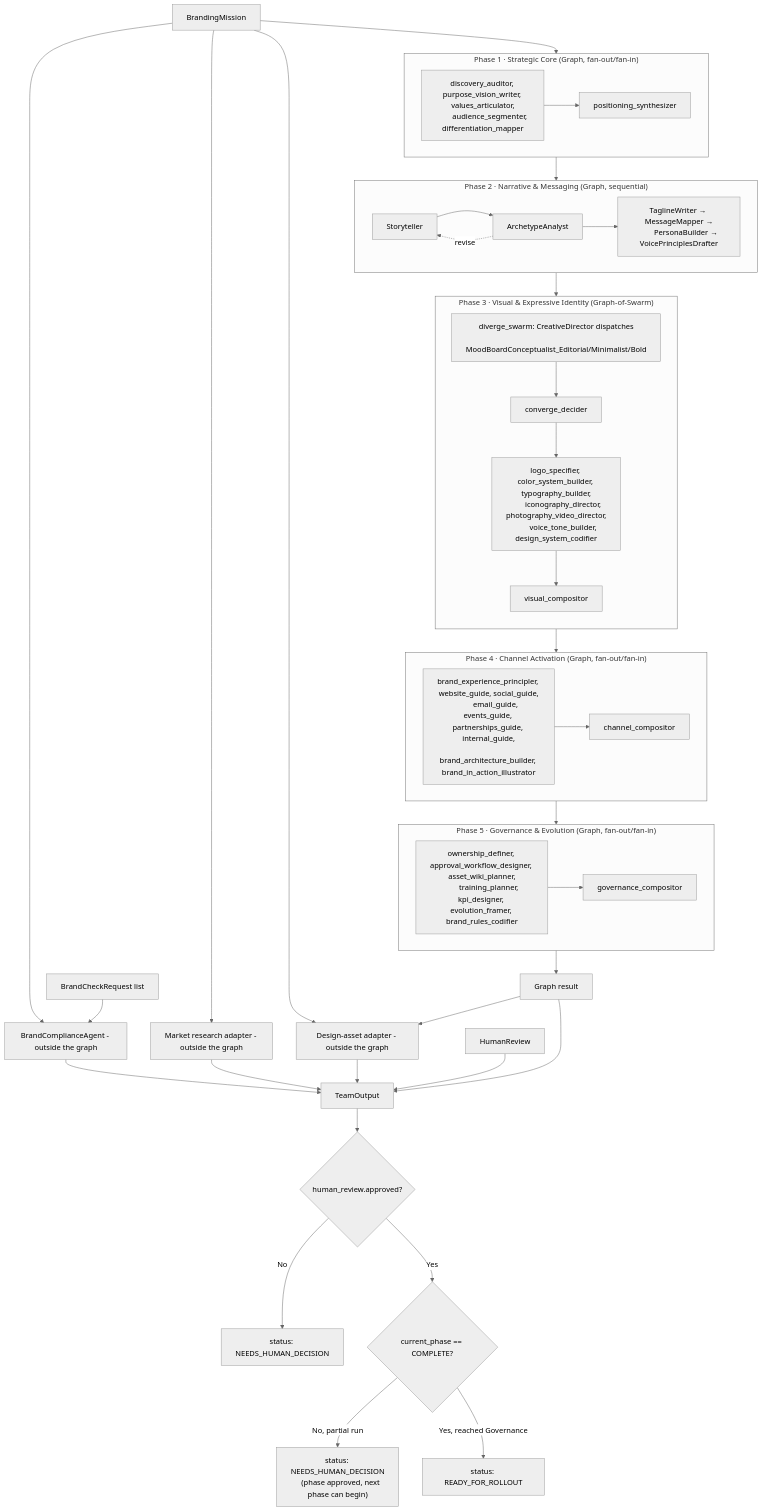
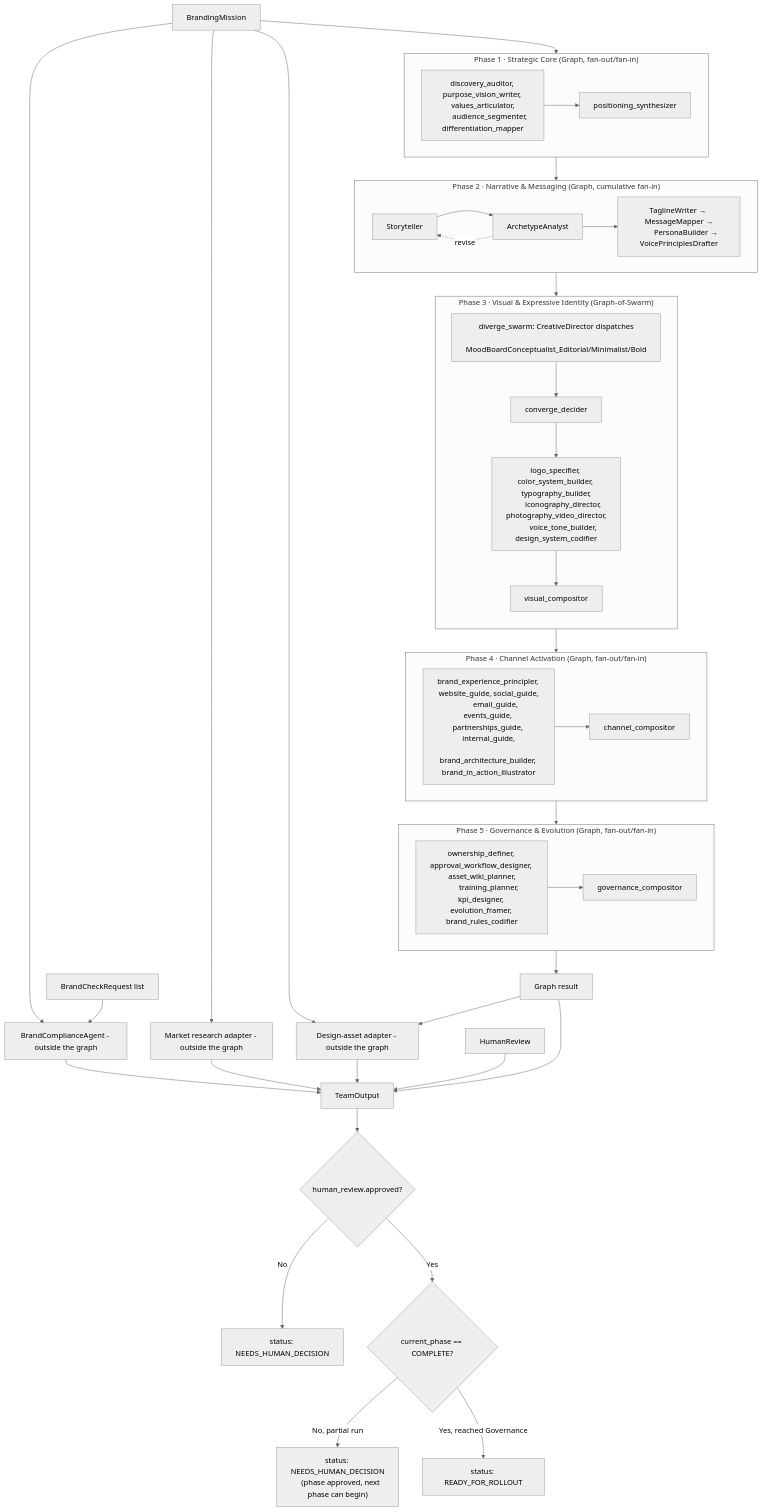
One commit to brandonkindred/Khala-Agentic-AI-Teams changed the first of 3 diagrams in backend/agents/branding_team/README.md. Above: the diagram before and after it, drawn with Mermaid (neutral theme). The commit also changed other lines of this file and 2 other files, not shown here.

First line of the commit message:
Wire Phase 2 cumulative fan-in so specialists see full narrative.

````diff
--- a/backend/agents/branding_team/README.md
+++ b/backend/agents/branding_team/README.md
@@ -41,70 +41,70 @@
 ```mermaid
 flowchart TB
     Mission[BrandingMission] --> P1
 
     subgraph P1 ["Phase 1 · Strategic Core (Graph, fan-out/fan-in)"]
         direction LR
         P1nodes["discovery_auditor, purpose_vision_writer, values_articulator,
         audience_segmenter, differentiation_mapper"] --> P1join[positioning_synthesizer]
     end
 
     P1 --> P2
 
-    subgraph P2 ["Phase 2 · Narrative & Messaging (Graph, sequential)"]
+    subgraph P2 ["Phase 2 · Narrative & Messaging (Graph, cumulative fan-in)"]
         direction LR
         P2a[Storyteller] --> P2b[ArchetypeAnalyst]
         P2b -. revise .-> P2a
         P2b --> P2rest["TaglineWriter → MessageMapper →
         PersonaBuilder → VoicePrinciplesDrafter"]
     end
 
     P2 --> P3
 
     subgraph P3 ["Phase 3 · Visual & Expressive Identity (Graph-of-Swarm)"]
         direction TB
         P3swarm["diverge_swarm: CreativeDirector dispatches
         MoodBoardConceptualist_Editorial/Minimalist/Bold"] --> P3conv[converge_decider]
         P3conv --> P3fan["logo_specifier, color_system_builder, typography_builder,
         iconography_director, photography_video_director,
         voice_tone_builder, design_system_codifier"]
         P3fan --> P3comp[visual_compositor]
     end
 
     P3 --> P4
 
     subgraph P4 ["Phase 4 · Channel Activation (Graph, fan-out/fan-in)"]
         direction LR
         P4nodes["brand_experience_principler, website_guide, social_guide,
         email_guide, events_guide, partnerships_guide, internal_guide,
         brand_architecture_builder, brand_in_action_illustrator"] --> P4join[channel_compositor]
     end
 
     P4 --> P5
 
     subgraph P5 ["Phase 5 · Governance & Evolution (Graph, fan-out/fan-in)"]
         direction LR
         P5nodes["ownership_definer, approval_workflow_designer, asset_wiki_planner,
         training_planner, kpi_designer, evolution_framer, brand_rules_codifier"] --> P5join[governance_compositor]
     end
 
     P5 --> GraphResult[Graph result]
 
     Mission --> Compliance[BrandComplianceAgent - outside the graph]
     BrandChecks[BrandCheckRequest list] --> Compliance
     Mission --> MarketResearch[Market research adapter - outside the graph]
     Mission --> DesignAssets[Design-asset adapter - outside the graph]
     GraphResult --> DesignAssets
 
     GraphResult --> TeamOutput[TeamOutput]
     Compliance --> TeamOutput
     MarketResearch --> TeamOutput
     DesignAssets --> TeamOutput
     HumanReview[HumanReview] --> TeamOutput
 
     TeamOutput --> Approved{human_review.approved?}
     Approved -->|No| NeedsHuman[status: NEEDS_HUMAN_DECISION]
     Approved -->|Yes| Complete{current_phase == COMPLETE?}
     Complete -->|No, partial run| PhaseApproved["status: NEEDS_HUMAN_DECISION
     (phase approved, next phase can begin)"]
     Complete -->|Yes, reached Governance| Ready[status: READY_FOR_ROLLOUT]
 ```
````
